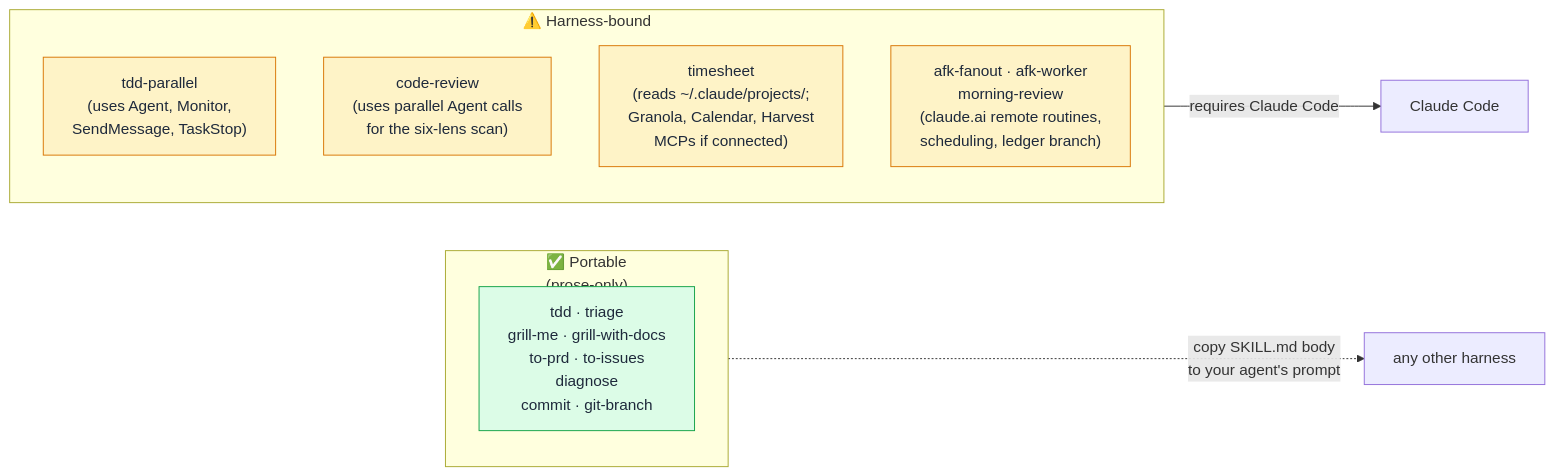
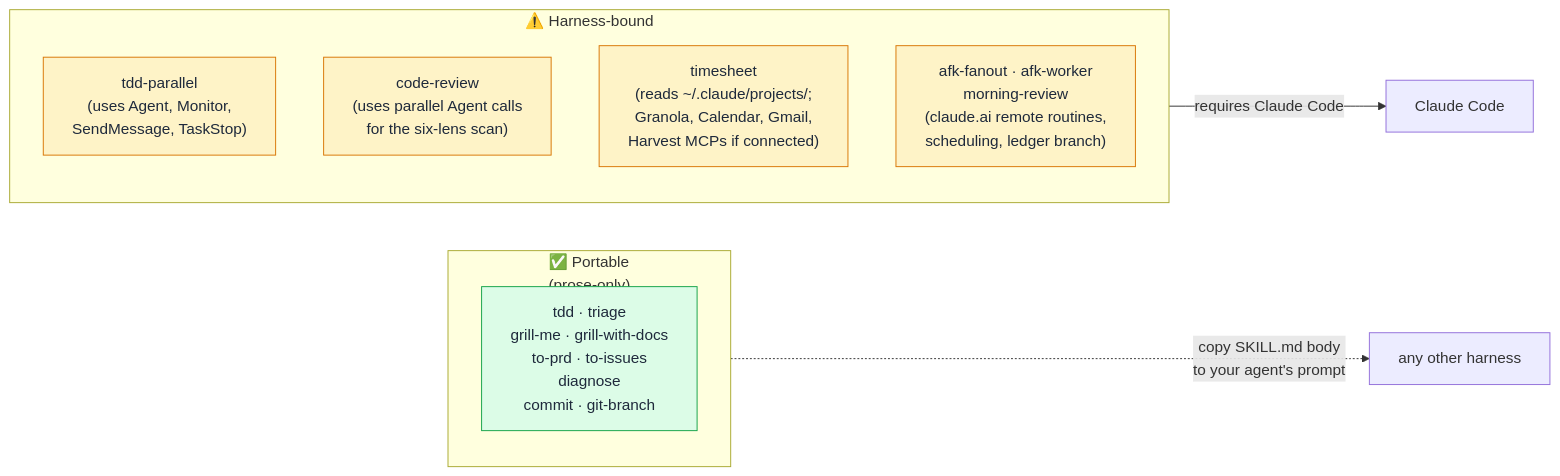
The first of 5 diagrams in docs/faq.md (ZunoSmartLabs/zsl-superpowers), drawn with Mermaid before and after one commit. The commit also changed 6 other files, not shown here.

````diff
--- a/docs/faq.md
+++ b/docs/faq.md
@@ -17,19 +17,19 @@
 ```mermaid
 flowchart LR
     subgraph portable["✅ Portable<br/>(prose-only)"]
         p1["tdd · triage<br/>grill-me · grill-with-docs<br/>to-prd · to-issues<br/>diagnose<br/>commit · git-branch"]
     end
     subgraph harness["⚠️ Harness-bound"]
         h1["tdd-parallel<br/>(uses Agent, Monitor,<br/>SendMessage, TaskStop)"]
         h3["code-review<br/>(uses parallel Agent calls<br/>for the six-lens scan)"]
-        h2["timesheet<br/>(reads ~/.claude/projects/;<br/>Granola, Calendar, Harvest<br/>MCPs if connected)"]
+        h2["timesheet<br/>(reads ~/.claude/projects/;<br/>Granola, Calendar, Gmail,<br/>Harvest MCPs if connected)"]
         h4["afk-fanout · afk-worker<br/>morning-review<br/>(claude.ai remote routines,<br/>scheduling, ledger branch)"]
     end
     portable -.->|"copy SKILL.md body<br/>to your agent's prompt"| other["any other harness"]
     harness -->|"requires Claude Code"| cc["Claude Code"]
 
     classDef good fill:#dcfce7,stroke:#16a34a,color:#1e293b;
     classDef bound fill:#fef3c7,stroke:#d97706,color:#1e293b;
     class p1 good
     class h1,h2,h3,h4 bound
 ```
````
